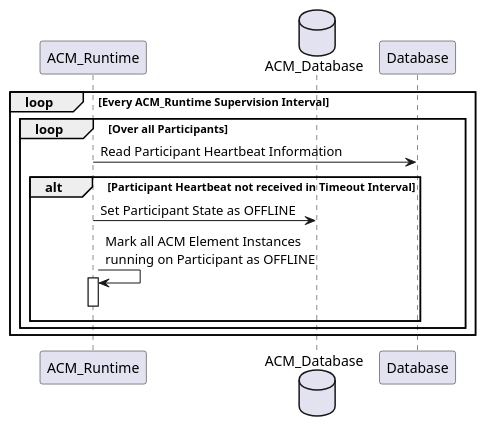
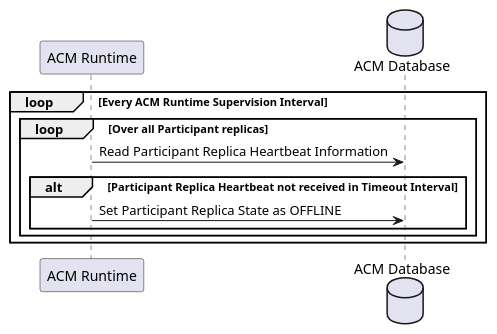
Before and after one commit to onap/policy-parent: the diagram in docs/clamp/acm/plantuml/system-dialogues/SuperviseParticipantsTimeout.puml, drawn with PlantUML. The commit also changed 40 other files, not shown here.

```diff
--- a/docs/clamp/acm/plantuml/system-dialogues/SuperviseParticipantsTimeout.puml
+++ b/docs/clamp/acm/plantuml/system-dialogues/SuperviseParticipantsTimeout.puml
@@ -1,18 +1,15 @@
 @startuml
 
-participant ACM_Runtime
-database ACM_Database
+participant "ACM Runtime"
+database "ACM Database"
 
-loop Every ACM_Runtime Supervision Interval
-  loop Over all Participants
-    ACM_Runtime -> Database: Read Participant Heartbeat Information
-    alt Participant Heartbeat not received in Timeout Interval
-      ACM_Runtime -> ACM_Database: Set Participant State as OFFLINE
-      ACM_Runtime -> ACM_Runtime: Mark all ACM Element Instances\nrunning on Participant as OFFLINE
-      activate ACM_Runtime
-      deactivate ACM_Runtime
+loop Every ACM Runtime Supervision Interval
+  loop Over all Participant replicas
+    "ACM Runtime" -> "ACM Database": Read Participant Replica Heartbeat Information
+    alt Participant Replica Heartbeat not received in Timeout Interval
+      "ACM Runtime" -> "ACM Database": Set Participant Replica State as OFFLINE
     end
   end
 end
 
 @enduml
```
